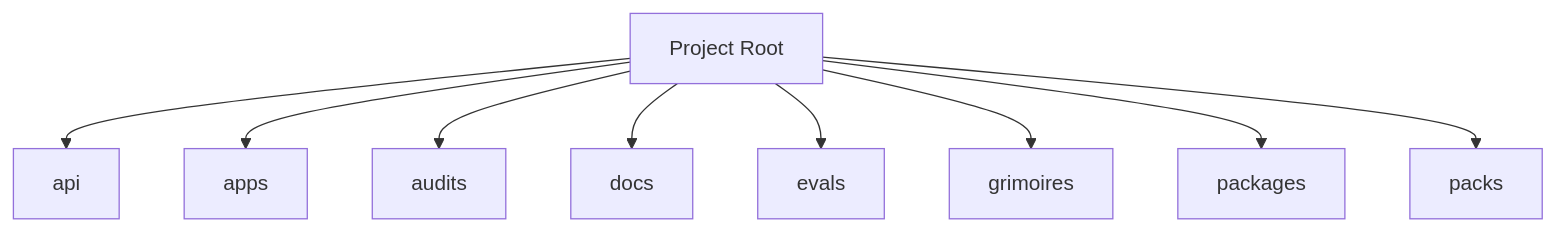
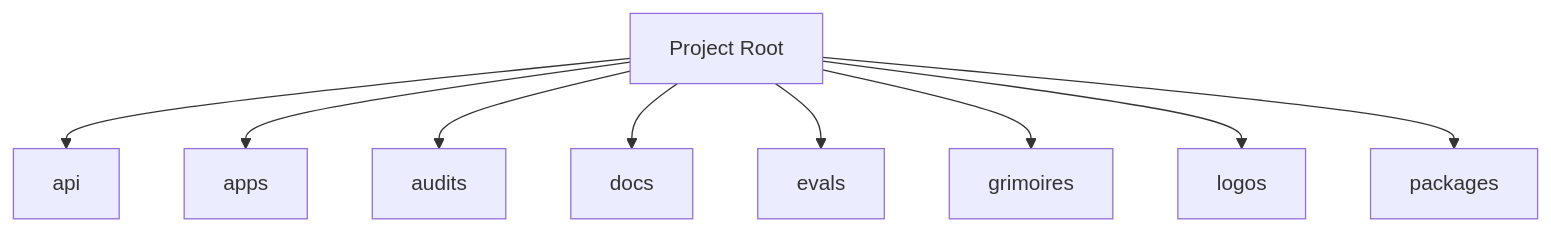
The diagram in BUTTERFREEZONE.md (0xHoneyJar/loa-constructs), drawn with Mermaid before and after one commit. The commit also changed other lines of this file and 3 other files, not shown here.

````diff
--- a/BUTTERFREEZONE.md
+++ b/BUTTERFREEZONE.md
@@ -73,20 +73,20 @@
 ```mermaid
 graph TD
     api[api]
     apps[apps]
     audits[audits]
     docs[docs]
     evals[evals]
     grimoires[grimoires]
+    logos[logos]
     packages[packages]
-    packs[packs]
     Root[Project Root]
     Root --> api
     Root --> apps
     Root --> audits
     Root --> docs
     Root --> evals
     Root --> grimoires
+    Root --> logos
     Root --> packages
-    Root --> packs
 ```
````
